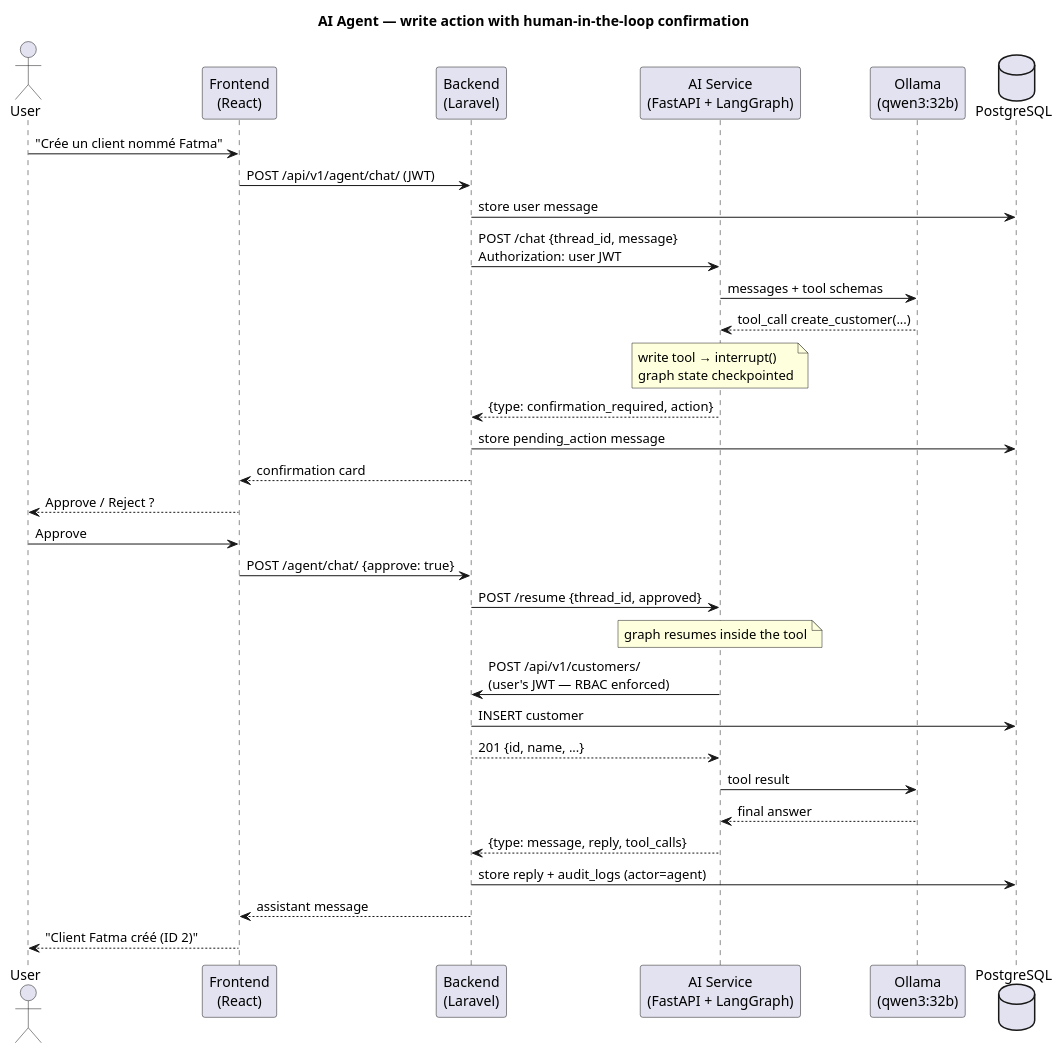
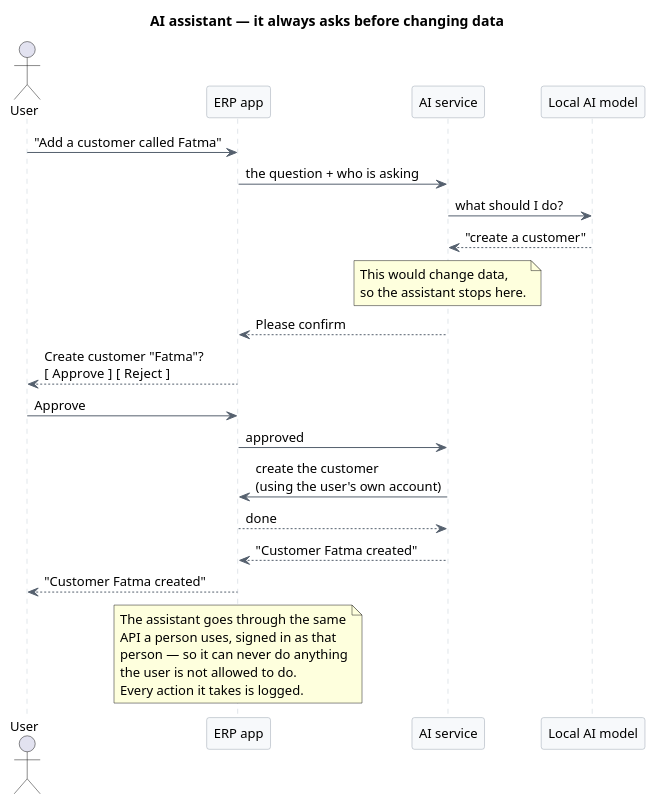
One commit to mariemtnb/ERP-AI-odoo-like changed the diagram in diagrams/sequence-agent.puml. Above: the diagram before and after it, drawn with PlantUML. The commit also changed 12 other files, not shown here.

First line of the commit message:
Simplify the diagrams and bring them up to date

```diff
--- a/diagrams/sequence-agent.puml
+++ b/diagrams/sequence-agent.puml
@@ -1,38 +1,49 @@
 @startuml sequence-agent
-title AI Agent — write action with human-in-the-loop confirmation
+' The assistant asks before it changes anything.
+title AI assistant — it always asks before changing data
+
+skinparam backgroundColor white
+skinparam shadowing false
+skinparam defaultFontName Helvetica
+skinparam defaultFontSize 13
+skinparam ArrowColor #55606E
+skinparam sequence {
+  ParticipantBorderColor #9AA5B1
+  ParticipantBackgroundColor #F7F9FB
+  LifeLineBorderColor #C3CCD6
+}
 
 actor User
-participant "Frontend\n(React)" as FE
-participant "Backend\n(Laravel)" as BE
-participant "AI Service\n(FastAPI + LangGraph)" as AI
-participant "Ollama\n(qwen3:32b)" as LLM
-database PostgreSQL as DB
+participant "ERP app" as APP
+participant "AI service" as AI
+participant "Local AI model" as LLM
 
-User -> FE : "Crée un client nommé Fatma"
-FE -> BE : POST /api/v1/agent/chat/ (JWT)
-BE -> DB : store user message
-BE -> AI : POST /chat {thread_id, message}\nAuthorization: user JWT
+User -> APP : "Add a customer called Fatma"
+APP -> AI : the question + who is asking
+AI -> LLM : what should I do?
+LLM --> AI : "create a customer"
 
-AI -> LLM : messages + tool schemas
-LLM --> AI : tool_call create_customer(...)
-note over AI : write tool → interrupt()\ngraph state checkpointed
-AI --> BE : {type: confirmation_required, action}
-BE -> DB : store pending_action message
-BE --> FE : confirmation card
-FE --> User : Approve / Reject ?
+note over AI
+  This would change data,
+  so the assistant stops here.
+end note
 
-User -> FE : Approve
-FE -> BE : POST /agent/chat/ {approve: true}
-BE -> AI : POST /resume {thread_id, approved}
-note over AI : graph resumes inside the tool
-AI -> BE : POST /api/v1/customers/\n(user's JWT — RBAC enforced)
-BE -> DB : INSERT customer
-BE --> AI : 201 {id, name, ...}
-AI -> LLM : tool result
-LLM --> AI : final answer
-AI --> BE : {type: message, reply, tool_calls}
-BE -> DB : store reply + audit_logs (actor=agent)
-BE --> FE : assistant message
-FE --> User : "Client Fatma créé (ID 2)"
+AI --> APP : Please confirm
+APP --> User : Create customer "Fatma"?\n[ Approve ]  [ Reject ]
+
+User -> APP : Approve
+APP -> AI : approved
+AI -> APP : create the customer\n(using the user's own account)
+APP --> AI : done
+AI --> APP : "Customer Fatma created"
+APP --> User : "Customer Fatma created"
+
+note over APP
+  The assistant goes through the same
+  API a person uses, signed in as that
+  person — so it can never do anything
+  the user is not allowed to do.
+  Every action it takes is logged.
+end note
 
 @enduml
```
